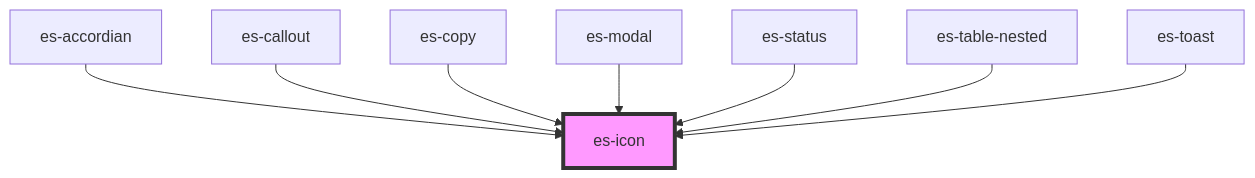
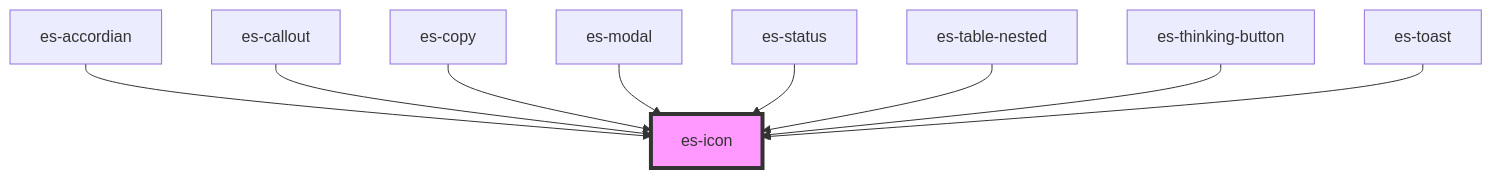
The diagram in packages/components/src/components/es-icon/readme.md (EventStore/Design-System), drawn with Mermaid before and after one commit. The commit also changed other lines of this file and 48 other files, not shown here.

````diff
--- a/packages/components/src/components/es-icon/readme.md
+++ b/packages/components/src/components/es-icon/readme.md
@@ -45,11 +71,12 @@
 ```mermaid
 graph TD;
   es-accordian --> es-icon
   es-callout --> es-icon
   es-copy --> es-icon
   es-modal --> es-icon
   es-status --> es-icon
   es-table-nested --> es-icon
+  es-thinking-button --> es-icon
   es-toast --> es-icon
   style es-icon fill:#f9f,stroke:#333,stroke-width:4px
 ```
````
